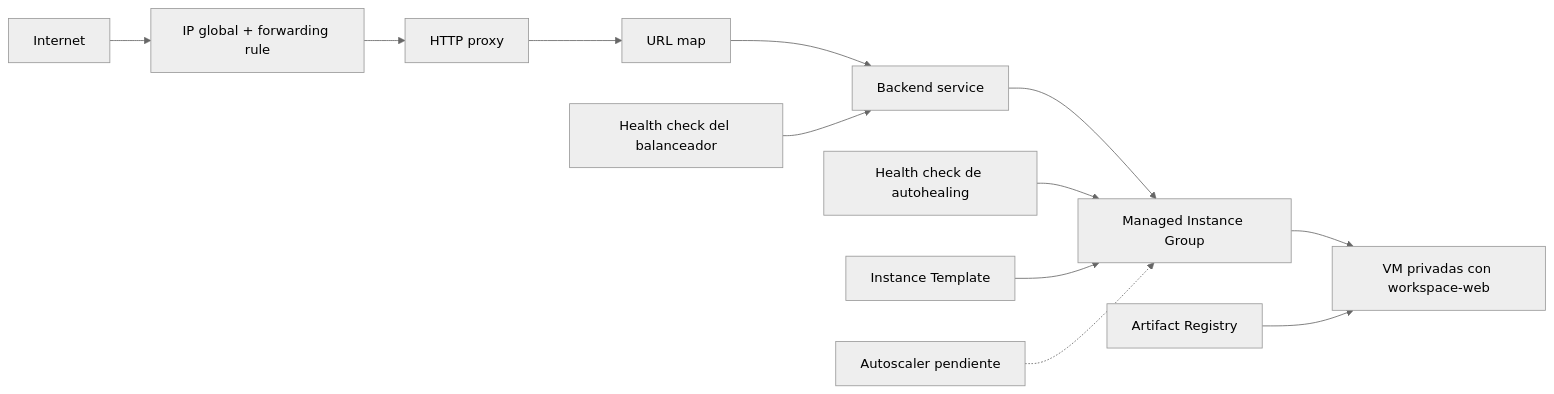
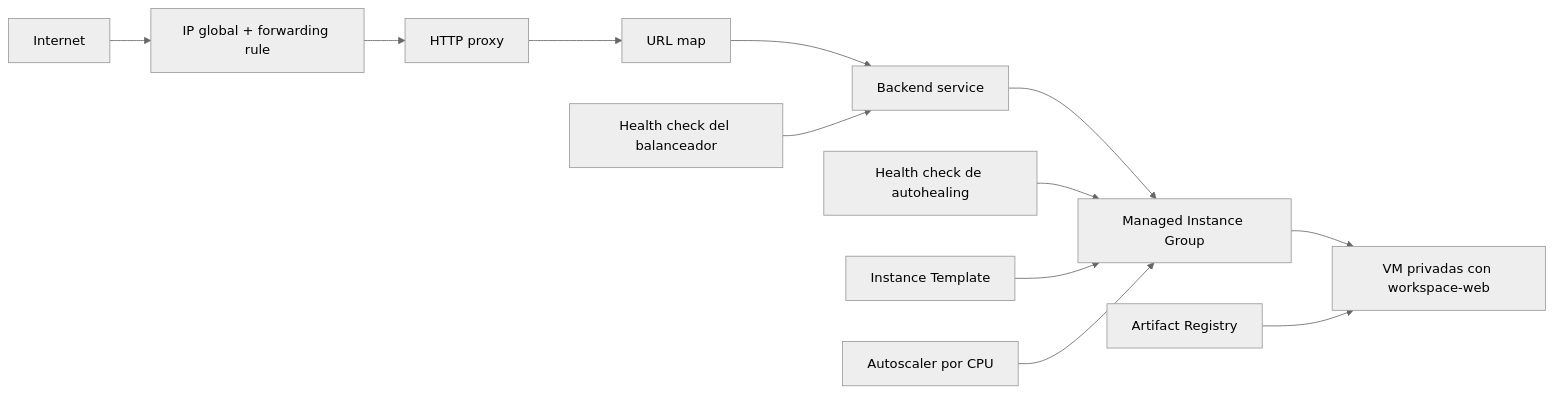
The diagram in README.md (danielmarquisg/gcp-infra-foundation), drawn with Mermaid (neutral theme) before and after one commit. The commit also changed other lines of this file, not shown here.

````diff
--- a/README.md
+++ b/README.md
@@ -9,14 +9,14 @@
 ```mermaid
 flowchart LR
     Internet --> Frontend[IP global + forwarding rule]
     Frontend --> Proxy[HTTP proxy]
     Proxy --> Routes[URL map]
     Routes --> Backend[Backend service]
     Backend --> MIG[Managed Instance Group]
     HealthLB[Health check del balanceador] --> Backend
     HealthMIG[Health check de autohealing] --> MIG
     Template[Instance Template] --> MIG
-    Autoscaler[Autoscaler pendiente] -.-> MIG
+    Autoscaler[Autoscaler por CPU] --> MIG
     MIG --> VMs[VM privadas con workspace-web]
     AR[Artifact Registry] --> VMs
 ```
````
